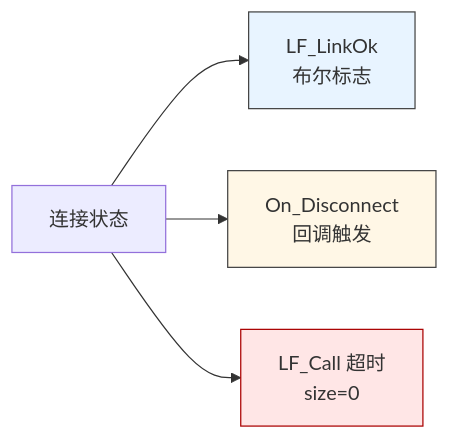
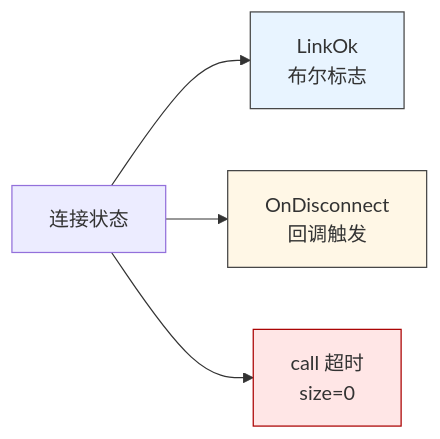
Before and after one commit to PassByYou888/LingoFuse: the first of 5 diagrams in doc/LF_Reconnect_Strategy.md, drawn with Mermaid. The commit also changed other lines of this file, not shown here.

````diff
--- a/doc/LF_Reconnect_Strategy.md
+++ b/doc/LF_Reconnect_Strategy.md
@@ -13,10 +13,10 @@
 ```mermaid
 flowchart LR
-    A["连接状态"] --> B["LF_LinkOk<br/>布尔标志"]
-    A --> C["On_Disconnect<br/>回调触发"]
-    A --> D["LF_Call 超时<br/>size=0"]
+    A["连接状态"] --> B["LinkOk<br/>布尔标志"]
+    A --> C["OnDisconnect<br/>回调触发"]
+    A --> D["call 超时<br/>size=0"]
 
     style B fill:#e8f4ff,stroke:#444
     style C fill:#fff7e6,stroke:#444
     style D fill:#ffe6e6,stroke:#a00
 ```
````
